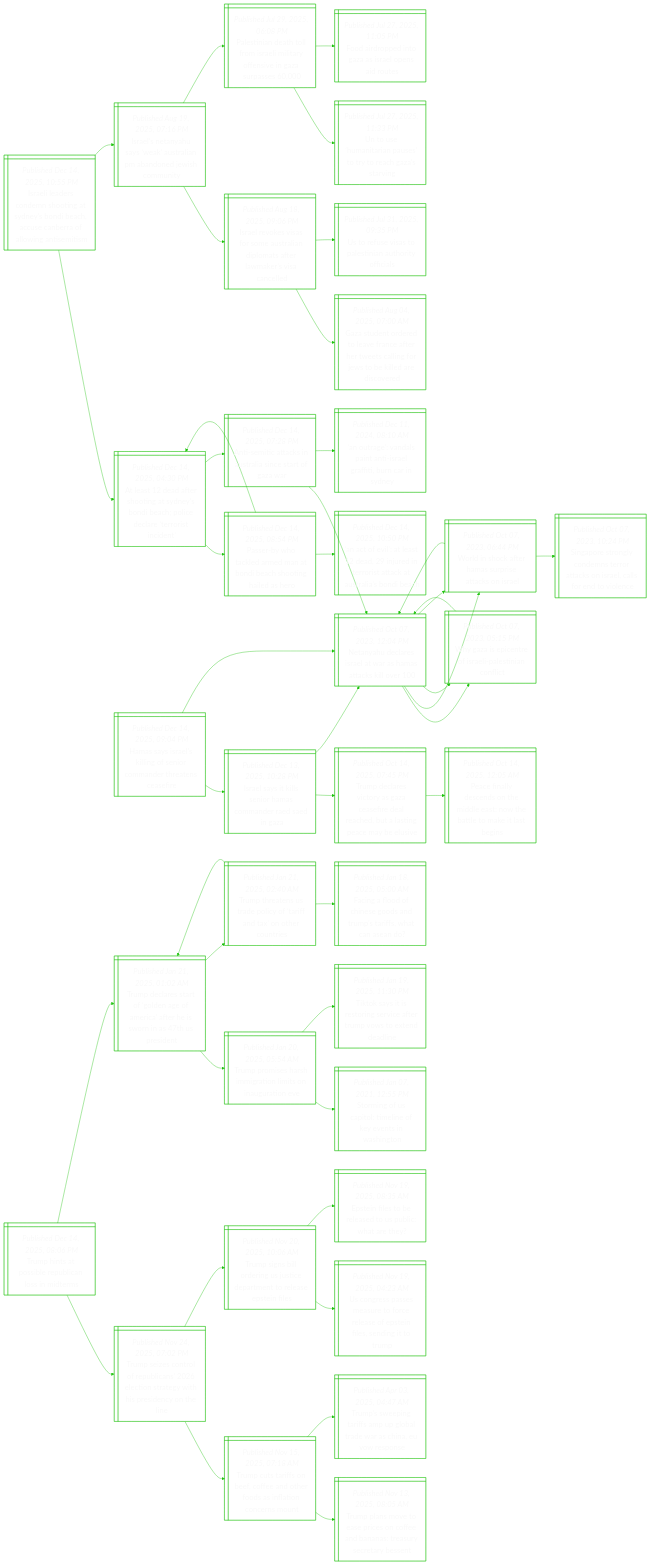
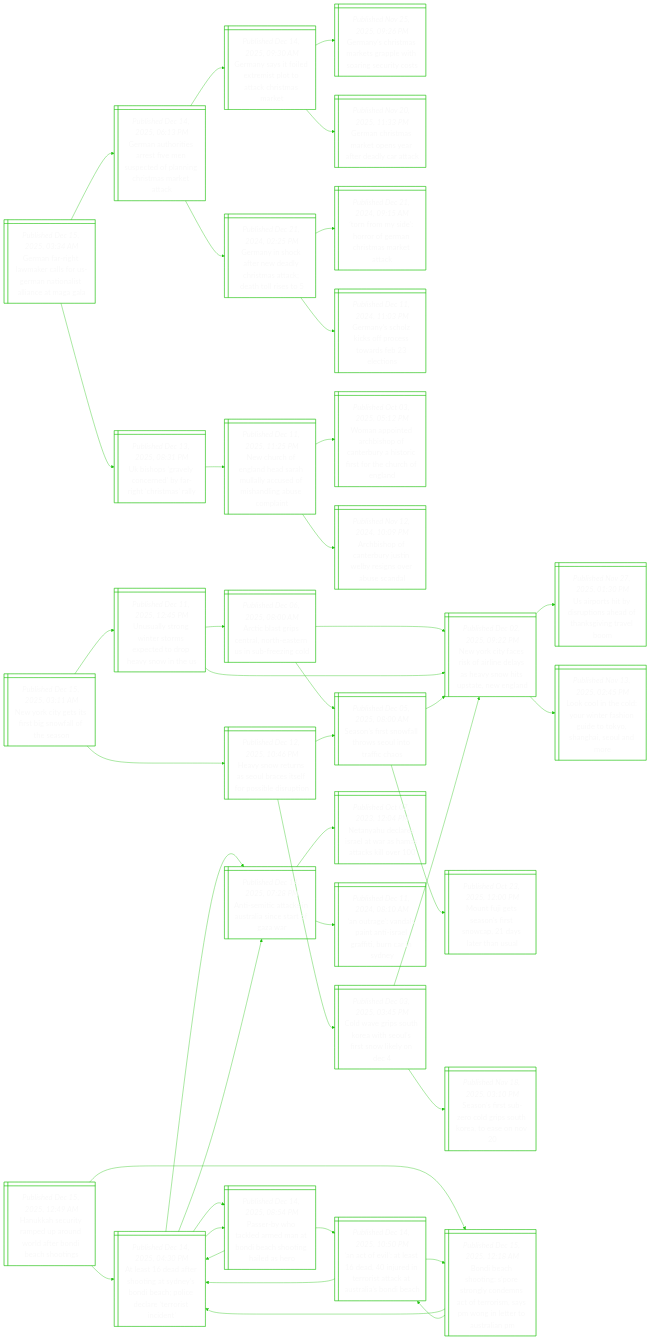
The diagram in README.md (notJmes/notJmes), drawn with Mermaid before and after one commit. The commit also changed other lines of this file, not shown here.

````diff
--- a/README.md
+++ b/README.md
@@ -16,136 +16,133 @@
 flowchart LR
 classDef txtsize font-size:20px;
 
-Ildonttenacarlnit@{ shape: win-pane, label: "_Published Dec 14, 2025, 10:55 PM_
-Israeli leaders condemn shooting at sydney’s bondi beach, accuse canberra of allowing antisemitism" }
+GniaelUmtllcAl@{ shape: win-pane, label: "_Published Dec 15, 2025, 03:34 AM_
+German far-right lawmaker calls for us-german nationalist alliance at maga gala" }
+Gnoeevscfnhmrt@{ shape: win-pane, label: "_Published Dec 14, 2025, 06:13 PM_
+German authorities arrest five men suspected of planning christmas market attack" }
+GnsixiotCta@{ shape: win-pane, label: "_Published Dec 14, 2025, 09:30 AM_
+Germany says it foiled extremist plot to attack christmas market" }
+Gnrakresnuc@{ shape: win-pane, label: "_Published Nov 25, 2025, 09:26 PM_
+Germany’s christmas markets grapple with soaring security costs" }
+Gnsmtsadyt@{ shape: win-pane, label: "_Published Nov 20, 2025, 11:33 PM_
+German christmas market opens year after deadly car attack" }
+Gnhfedraaale@{ shape: win-pane, label: "_Published Dec 21, 2024, 02:25 PM_
+Germany in shock after new deadly christmas attack; death toll rises to 5" }
+Trsoomrakt@{ shape: win-pane, label: "_Published Dec 21, 2024, 09:15 AM_
+‘torn from my side’: horror of german christmas market attack" }
+Gnhifcoslo@{ shape: win-pane, label: "_Published Dec 11, 2024, 11:03 PM_
+Germany’s scholz kicks off process towards feb 23 elections" }
+UhryebrCta@{ shape: win-pane, label: "_Published Dec 13, 2025, 08:31 PM_
+Uk bishops ‘gravely concerned’ by far-right ‘christmas’ rally" }
+Nufaaalaeidaca@{ shape: win-pane, label: "_Published Dec 11, 2025, 11:25 PM_
+New church of england head sarah mullally accused of mishandling abuse complaint" }
+Wanrsfeytffecnd@{ shape: win-pane, label: "_Published Oct 03, 2025, 05:12 PM_
+Woman appointed archbishop of canterbury a historic first for the church of england" }
+Aiotrtlsobcl@{ shape: win-pane, label: "_Published Nov 12, 2024, 10:09 PM_
+Archbishop of canterbury justin welby resigns over abuse scandal" }
+
+GniaelUmtllcAl:::txtsize --> Gnoeevscfnhmrt:::txtsize
+Gnoeevscfnhmrt:::txtsize --> GnsixiotCta:::txtsize
+GnsixiotCta:::txtsize --> Gnrakresnuc:::txtsize
+GnsixiotCta:::txtsize --> Gnsmtsadyt:::txtsize
+Gnoeevscfnhmrt:::txtsize --> Gnhfedraaale:::txtsize
+Gnhfedraaale:::txtsize --> Trsoomrakt:::txtsize
+Gnhfedraaale:::txtsize --> Gnhifcoslo:::txtsize
+GniaelUmtllcAl:::txtsize --> UhryebrCta:::txtsize
+UhryebrCta:::txtsize --> Nufaaalaeidaca:::txtsize
+Nufaaalaeidaca:::txtsize --> Wanrsfeytffecnd:::txtsize
+Nufaaalaeidaca:::txtsize --> Aiotrtlsobcl:::txtsize
+
+Nryirgffe@{ shape: win-pane, label: "_Published Dec 15, 2025, 03:11 AM_
+New york city gets its first big snowfall of the season" }
+UatwrmetpyiU@{ shape: win-pane, label: "_Published Dec 11, 2025, 12:45 PM_
+Unusually strong winter storms expected to drop heavy snow in the us" }
+ActsrrsUuec@{ shape: win-pane, label: "_Published Dec 06, 2025, 08:00 AM_
+Arctic blast grips central, north-eastern us in sub-freezing cold" }
+NrysoleavwutEn@{ shape: win-pane, label: "_Published Dec 02, 2025, 09:22 PM_
+New york city faces risk of airline delays as heavy snow hits upstate, new england" }
+Snswtsltio@{ shape: win-pane, label: "_Published Dec 05, 2025, 08:00 AM_
+Season’s first snowfall throws seoul into traffic chaos" }
+NrysoleavwutEn@{ shape: win-pane, label: "_Published Dec 02, 2025, 09:22 PM_
+New york city faces risk of airline delays as heavy snow hits upstate, new england" }
+Uphdpsdaitl@{ shape: win-pane, label: "_Published Nov 27, 2025, 01:30 PM_
+Us airports hit by disruptions ahead of thanksgiving travel boom" }
+Lotlrehuoogene@{ shape: win-pane, label: "_Published Nov 13, 2025, 02:45 PM_
+Look cool in the cold: your winter fashion guide to tokyo, shanghai, seoul and more" }
+Hsesoatfseun@{ shape: win-pane, label: "_Published Dec 12, 2025, 10:46 PM_
+Heavy snow returns as seoul braces itself for possible disruption" }
+Snswtsltio@{ shape: win-pane, label: "_Published Dec 05, 2025, 08:00 AM_
+Season’s first snowfall throws seoul into traffic chaos" }
+MFeafsasru@{ shape: win-pane, label: "_Published Oct 23, 2025, 12:00 PM_
+Mount fuji gets season’s first snowcap, 21 days later than usual" }
+NrysoleavwutEn@{ shape: win-pane, label: "_Published Dec 02, 2025, 09:22 PM_
+New york city faces risk of airline delays as heavy snow hits upstate, new england" }
+CaiurturoeD@{ shape: win-pane, label: "_Published Dec 03, 2025, 03:45 PM_
+Cold wave grips south korea with seoul’s first snow likely on dec 4" }
+Snszoiuren@{ shape: win-pane, label: "_Published Nov 18, 2025, 03:10 PM_
+Season’s first sub-zero cold grips south korea, to ease on nov 20" }
+NrysoleavwutEn@{ shape: win-pane, label: "_Published Dec 02, 2025, 09:22 PM_
+New york city faces risk of airline delays as heavy snow hits upstate, new england" }
+
+Nryirgffe:::txtsize --> UatwrmetpyiU:::txtsize
+UatwrmetpyiU:::txtsize --> ActsrrsUuec:::txtsize
+ActsrrsUuec:::txtsize --> NrysoleavwutEn:::txtsize
+ActsrrsUuec:::txtsize --> Snswtsltio:::txtsize
+UatwrmetpyiU:::txtsize --> NrysoleavwutEn:::txtsize
+NrysoleavwutEn:::txtsize --> Uphdpsdaitl:::txtsize
+NrysoleavwutEn:::txtsize --> Lotlrehuoogene:::txtsize
+Nryirgffe:::txtsize --> Hsesoatfseun:::txtsize
+Hsesoatfseun:::txtsize --> Snswtsltio:::txtsize
+Snswtsltio:::txtsize --> MFeafsasru:::txtsize
+Snswtsltio:::txtsize --> NrysoleavwutEn:::txtsize
+Hsesoatfseun:::txtsize --> CaiurturoeD:::txtsize
+CaiurturoeD:::txtsize --> Snszoiuren:::txtsize
+CaiurturoeD:::txtsize --> NrysoleavwutEn:::txtsize
+
+HkcyerwaBBsi@{ shape: win-pane, label: "_Published Dec 15, 2025, 12:49 AM_
+Hanukkah security ramped up around world after bondi beach shootings" }
 Asdrttenaleeoie@{ shape: win-pane, label: "_Published Dec 14, 2025, 04:30 PM_
-At least 12 dead after shooting at sydney’s bondi beach; police declare ‘terrorist incident’" }
+At least 16 dead after shooting at sydney’s bondi beach; police declare ‘terrorist incident’" }
 Prolmnnaogee@{ shape: win-pane, label: "_Published Dec 14, 2025, 08:54 PM_
 Passer-by who tackled armed man at bondi beach shooting hailed as hero" }
 Asdrttenaleeoie@{ shape: win-pane, label: "_Published Dec 14, 2025, 04:30 PM_
-At least 12 dead after shooting at sydney’s bondi beach; police declare ‘terrorist incident’" }
+At least 16 dead after shooting at sydney’s bondi beach; police declare ‘terrorist incident’" }
 Aolaaunoaksina@{ shape: win-pane, label: "_Published Dec 14, 2025, 10:50 PM_
-‘an act of evil’: at least 12 dead, 29 injured in terrorist attack at australia’s bondi beach" }
+‘an act of evil’: at least 16 dead, 40 injured in terrorist attack at australia’s bondi beach" }
 AeccAaitfw@{ shape: win-pane, label: "_Published Dec 14, 2025, 07:28 PM_
 Anti-semitic attacks in australia since start of gaza war" }
 NyeeawHakl@{ shape: win-pane, label: "_Published Oct 07, 2023, 12:04 PM_
 Netanyahu declares israel at war as hamas attacks kill over 100" }
 ArastIlfurd@{ shape: win-pane, label: "_Published Dec 11, 2024, 08:10 AM_
 ‘an outrage’: vandals paint anti-israel graffiti, burn car in sydney" }
-IlauwulMdJhu@{ shape: win-pane, label: "_Published Aug 19, 2025, 07:16 PM_
-Israel’s netanyahu says ‘weak’ australian pm abandoned jewish community" }
-IlksrAadmfaescd@{ shape: win-pane, label: "_Published Aug 18, 2025, 09:06 PM_
-Israel revokes visas for some australian diplomats after lawmaker’s visa cancelled" }
-GttrlFerwcnJolrce@{ shape: win-pane, label: "_Published Aug 04, 2025, 07:00 AM_
-Gaza student ordered to leave france after her tweets calling for jews to be killed are discovered" }
-Uevteittis@{ shape: win-pane, label: "_Published Jul 31, 2025, 09:35 PM_
-Us to refuse visas to palestinian authority officials" }
-PtnhfsitfiGus@{ shape: win-pane, label: "_Published Jul 29, 2025, 06:08 PM_
-Palestinian death toll from israeli military offensive in gaza surpasses 60,000" }
-Usarattcar@{ shape: win-pane, label: "_Published Jul 27, 2025, 11:33 PM_
-Un to use ‘humanitarian pauses’ to try to reach gaza’s starving" }
-Fipnzsoau@{ shape: win-pane, label: "_Published Jul 27, 2025, 11:05 PM_
-Food airdropped into gaza as israel opens aid routes" }
+BBsioryeceiyolrsi@{ shape: win-pane, label: "_Published Dec 15, 2025, 12:18 AM_
+Bondi beach shooting: s’pore strongly condemns act of terrorism, says pm wong in letter to australian pm" }
+Asdrttenaleeoie@{ shape: win-pane, label: "_Published Dec 14, 2025, 04:30 PM_
+At least 16 dead after shooting at sydney’s bondi beach; police declare ‘terrorist incident’" }
+Prolmnnaogee@{ shape: win-pane, label: "_Published Dec 14, 2025, 08:54 PM_
+Passer-by who tackled armed man at bondi beach shooting hailed as hero" }
+AeccAaitfw@{ shape: win-pane, label: "_Published Dec 14, 2025, 07:28 PM_
+Anti-semitic attacks in australia since start of gaza war" }
+Aolaaunoaksina@{ shape: win-pane, label: "_Published Dec 14, 2025, 10:50 PM_
+‘an act of evil’: at least 16 dead, 40 injured in terrorist attack at australia’s bondi beach" }
+Asdrttenaleeoie@{ shape: win-pane, label: "_Published Dec 14, 2025, 04:30 PM_
+At least 16 dead after shooting at sydney’s bondi beach; police declare ‘terrorist incident’" }
+BBsioryeceiyolrsi@{ shape: win-pane, label: "_Published Dec 15, 2025, 12:18 AM_
+Bondi beach shooting: s’pore strongly condemns act of terrorism, says pm wong in letter to australian pm" }
 
-Ildonttenacarlnit:::txtsize --> Asdrttenaleeoie:::txtsize
+HkcyerwaBBsi:::txtsize --> Asdrttenaleeoie:::txtsize
 Asdrttenaleeoie:::txtsize --> Prolmnnaogee:::txtsize
 Prolmnnaogee:::txtsize --> Asdrttenaleeoie:::txtsize
 Prolmnnaogee:::txtsize --> Aolaaunoaksina:::txtsize
 Asdrttenaleeoie:::txtsize --> AeccAaitfw:::txtsize
 AeccAaitfw:::txtsize --> NyeeawHakl:::txtsize
 AeccAaitfw:::txtsize --> ArastIlfurd:::txtsize
-Ildonttenacarlnit:::txtsize --> IlauwulMdJhu:::txtsize
-IlauwulMdJhu:::txtsize --> IlksrAadmfaescd:::txtsize
-IlksrAadmfaescd:::txtsize --> GttrlFerwcnJolrce:::txtsize
-IlksrAadmfaescd:::txtsize --> Uevteittis:::txtsize
-IlauwulMdJhu:::txtsize --> PtnhfsitfiGus:::txtsize
-PtnhfsitfiGus:::txtsize --> Usarattcar:::txtsize
-PtnhfsitfiGus:::txtsize --> Fipnzsoau:::txtsize
-
-Hsssisrattei@{ shape: win-pane, label: "_Published Dec 14, 2025, 09:04 PM_
-Hamas says israel's killing of senior commander threatens ceasefire" }
-Ililimmedia@{ shape: win-pane, label: "_Published Dec 13, 2025, 10:28 PM_
-Israel says it kills senior hamas commander raed saed in gaza" }
-Tdrcaaededlncbs@{ shape: win-pane, label: "_Published Oct 14, 2025, 07:45 PM_
-Trump declares victory as gaza ceasefire deal reached, but a lasting peace may be elusive" }
-PflcoMeNelale@{ shape: win-pane, label: "_Published Oct 14, 2025, 12:05 AM_
-Peace finally descends on the middle east: now the battle to make it last begins" }
-NyeeawHakl@{ shape: win-pane, label: "_Published Oct 07, 2023, 12:04 PM_
-Netanyahu declares israel at war as hamas attacks kill over 100" }
-WzptIleint@{ shape: win-pane, label: "_Published Oct 07, 2023, 05:15 PM_
-Why gaza is epicentre of israeli-palestinian conflict" }
-Wiceapaks@{ shape: win-pane, label: "_Published Oct 07, 2023, 06:44 PM_
-World in shock after hamas surprise attacks on israel" }
-NyeeawHakl@{ shape: win-pane, label: "_Published Oct 07, 2023, 12:04 PM_
-Netanyahu declares israel at war as hamas attacks kill over 100" }
-WzptIleint@{ shape: win-pane, label: "_Published Oct 07, 2023, 05:15 PM_
-Why gaza is epicentre of israeli-palestinian conflict" }
-NyeeawHakl@{ shape: win-pane, label: "_Published Oct 07, 2023, 12:04 PM_
-Netanyahu declares israel at war as hamas attacks kill over 100" }
-Wiceapaks@{ shape: win-pane, label: "_Published Oct 07, 2023, 06:44 PM_
-World in shock after hamas surprise attacks on israel" }
-NyeeawHakl@{ shape: win-pane, label: "_Published Oct 07, 2023, 12:04 PM_
-Netanyahu declares israel at war as hamas attacks kill over 100" }
-SptldtrcIlsnic@{ shape: win-pane, label: "_Published Oct 07, 2023, 10:24 PM_
-Singapore strongly condemns terror attacks on israel, calls for end to violence" }
-
-Hsssisrattei:::txtsize --> Ililimmedia:::txtsize
-Ililimmedia:::txtsize --> Tdrcaaededlncbs:::txtsize
-Tdrcaaededlncbs:::txtsize --> PflcoMeNelale:::txtsize
-Ililimmedia:::txtsize --> NyeeawHakl:::txtsize
-NyeeawHakl:::txtsize --> WzptIleint:::txtsize
-NyeeawHakl:::txtsize --> Wiceapaks:::txtsize
-Hsssisrattei:::txtsize --> NyeeawHakl:::txtsize
-NyeeawHakl:::txtsize --> WzptIleint:::txtsize
-WzptIleint:::txtsize --> NyeeawHakl:::txtsize
-NyeeawHakl:::txtsize --> Wiceapaks:::txtsize
-Wiceapaks:::txtsize --> NyeeawHakl:::txtsize
-Wiceapaks:::txtsize --> SptldtrcIlsnic:::txtsize
-
-ThasRllne@{ shape: win-pane, label: "_Published Dec 14, 2025, 08:06 PM_
-Trump hints at possible republican loss in midterms" }
-TssrRlsttghreni@{ shape: win-pane, label: "_Published Nov 24, 2025, 07:02 PM_
-Trump seizes control of republicans’ 2026 election strategy with his presidency on the line" }
-Tcasefdrsfocm@{ shape: win-pane, label: "_Published Nov 15, 2025, 07:18 AM_
-Trump cuts tariffs on beef, coffee and other foods as inflation concerns mount" }
-Tpmopsfnarrrye@{ shape: win-pane, label: "_Published Nov 13, 2025, 08:05 AM_
-Trump plans move to ease prices on coffee and bananas: treasury secretary bessent" }
-Tspaspadanop@{ shape: win-pane, label: "_Published Apr 03, 2025, 04:47 AM_
-Trump’s sweeping tariffs amp up global trade war as china, eu vow response" }
-TsBrnuertlEie@{ shape: win-pane, label: "_Published Nov 20, 2025, 10:06 AM_
-Trump signs bill ordering us justice department to release epstein files" }
-Ugpsufrspnsitm@{ shape: win-pane, label: "_Published Nov 19, 2025, 04:23 AM_
-Us congress passes measure to force release of epstein files, sending it to trump" }
-Eieeaobhe@{ shape: win-pane, label: "_Published Nov 19, 2025, 08:35 AM_
-Epstein files to be released to us public: what are they?" }
-TdragnfitirsPd@{ shape: win-pane, label: "_Published Jan 21, 2025, 01:02 AM_
-Trump declares start of ‘golden age of america’ after he is sworn in as 47th us president" }
-Tpsrmtioutv@{ shape: win-pane, label: "_Published Jan 20, 2025, 05:54 AM_
-Trump promises harsh immigration limits on inauguration eve" }
-SiUiinenWn@{ shape: win-pane, label: "_Published Jan 07, 2021, 12:55 PM_
-Storming of us capitol: timeline of key events in washington" }
-TkieiraTvond@{ shape: win-pane, label: "_Published Jan 19, 2025, 11:30 PM_
-Tiktok says it is restoring service after trump vows to extend deadline" }
-TttSecaaxhue@{ shape: win-pane, label: "_Published Jan 21, 2025, 02:40 AM_
-Trump threatens us trade policy of ‘tariff and tax’ on other countries" }
-Fgohesrtftso@{ shape: win-pane, label: "_Published Jan 18, 2025, 05:00 AM_
-Facing a flood of chinese goods and trump’s tariffs, what can asean do?" }
-TdragnfitirsPd@{ shape: win-pane, label: "_Published Jan 21, 2025, 01:02 AM_
-Trump declares start of ‘golden age of america’ after he is sworn in as 47th us president" }
-
-ThasRllne:::txtsize --> TssrRlsttghreni:::txtsize
-TssrRlsttghreni:::txtsize --> Tcasefdrsfocm:::txtsize
-Tcasefdrsfocm:::txtsize --> Tpmopsfnarrrye:::txtsize
-Tcasefdrsfocm:::txtsize --> Tspaspadanop:::txtsize
-TssrRlsttghreni:::txtsize --> TsBrnuertlEie:::txtsize
-TsBrnuertlEie:::txtsize --> Ugpsufrspnsitm:::txtsize
-TsBrnuertlEie:::txtsize --> Eieeaobhe:::txtsize
-ThasRllne:::txtsize --> TdragnfitirsPd:::txtsize
-TdragnfitirsPd:::txtsize --> Tpsrmtioutv:::txtsize
-Tpsrmtioutv:::txtsize --> SiUiinenWn:::txtsize
-Tpsrmtioutv:::txtsize --> TkieiraTvond:::txtsize
-TdragnfitirsPd:::txtsize --> TttSecaaxhue:::txtsize
-TttSecaaxhue:::txtsize --> Fgohesrtftso:::txtsize
-TttSecaaxhue:::txtsize --> TdragnfitirsPd:::txtsize
+HkcyerwaBBsi:::txtsize --> BBsioryeceiyolrsi:::txtsize
+BBsioryeceiyolrsi:::txtsize --> Asdrttenaleeoie:::txtsize
+Asdrttenaleeoie:::txtsize --> Prolmnnaogee:::txtsize
+Asdrttenaleeoie:::txtsize --> AeccAaitfw:::txtsize
+BBsioryeceiyolrsi:::txtsize --> Aolaaunoaksina:::txtsize
+Aolaaunoaksina:::txtsize --> Asdrttenaleeoie:::txtsize
+Aolaaunoaksina:::txtsize --> BBsioryeceiyolrsi:::txtsize
 
 ```
````
